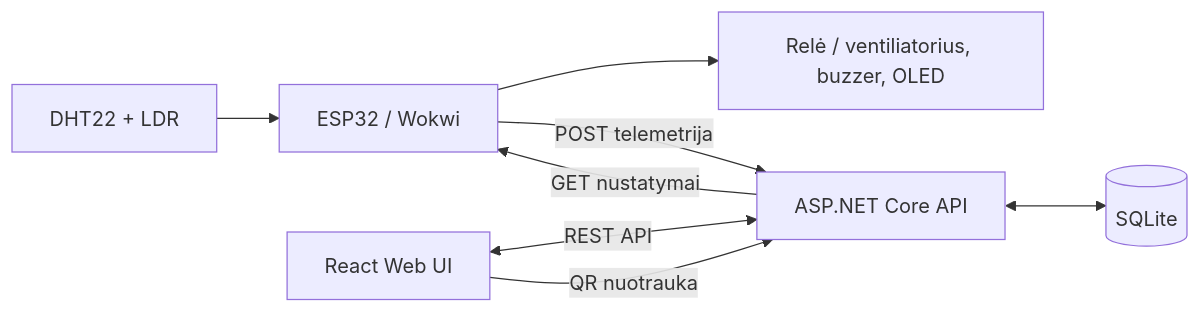
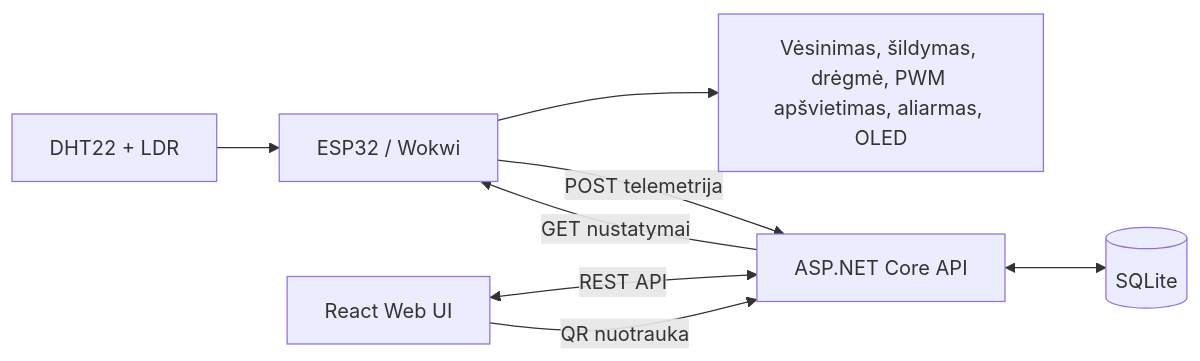
Before and after one commit to Justas-Kaulakis/museum-storage-system: the first of 2 diagrams in PROJEKTO_GIDAS.md, drawn with Mermaid. The commit also changed other lines of this file and 27 other files, not shown here.

````diff
--- a/PROJEKTO_GIDAS.md
+++ b/PROJEKTO_GIDAS.md
@@ -13,10 +13,10 @@
 ```mermaid
 flowchart LR
     S["DHT22 + LDR"] --> ESP["ESP32 / Wokwi"]
-    ESP --> O["Relė / ventiliatorius, buzzer, OLED"]
+    ESP --> O["Vėsinimas, šildymas, drėgmė, PWM apšvietimas, aliarmas, OLED"]
     ESP -->|"POST telemetrija"| API["ASP.NET Core API"]
     API -->|"GET nustatymai"| ESP
     FE["React Web UI"] <-->|"REST API"| API
     API <--> DB[("SQLite")]
     FE -->|"QR nuotrauka"| API
 ```
````
